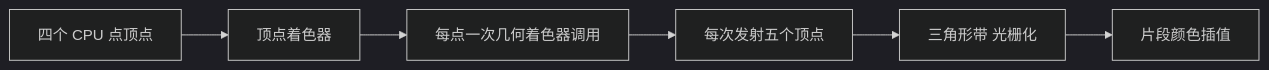
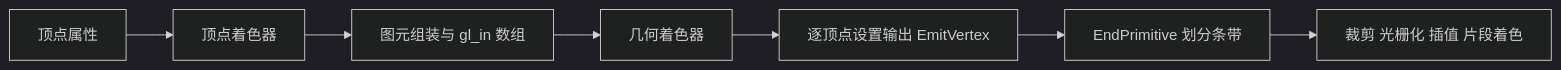
Before and after one commit to with-fair-wind/OpenGL: the diagram in docs/04_advanced_opengl/09_geometry_shader.md, drawn with Mermaid (dark theme). The commit also changed other lines of this file and 107 other files, not shown here.

````diff
--- a/docs/04_advanced_opengl/09_geometry_shader.md
+++ b/docs/04_advanced_opengl/09_geometry_shader.md
@@ -14,8 +17,9 @@
 ```mermaid
 flowchart LR
-    A[四个 CPU 点顶点] --> B[顶点着色器]
-    B --> C[每点一次几何着色器调用]
-    C --> D[每次发射五个顶点]
-    D --> E[三角形带 光栅化]
-    E --> F[片段颜色插值]
+    A[顶点属性] --> B[顶点着色器]
+    B --> C[图元组装与 gl_in 数组]
+    C --> D[几何着色器]
+    D --> E[逐顶点设置输出 EmitVertex]
+    E --> F[EndPrimitive 划分条带]
+    F --> G[裁剪 光栅化 插值 片段着色]
 ```
````
